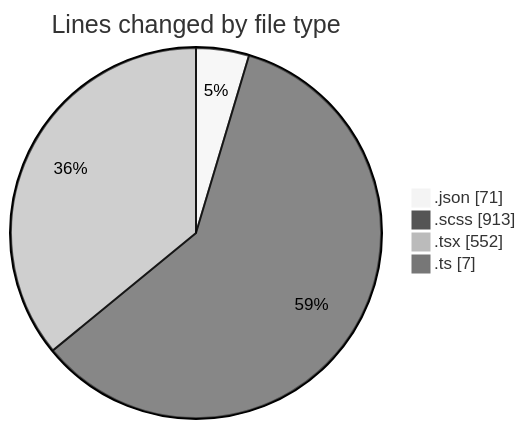
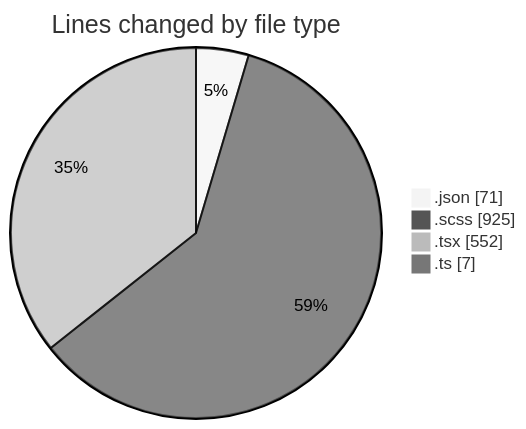
One commit to momahboobian/code-tracking changed the first of 2 diagrams in 2026-02-17/cda/README.md. Above: the diagram before and after it, drawn with Mermaid (neutral theme). The commit also changed other lines of this file and 1 other file, not shown here.

````diff
--- a/2026-02-17/cda/README.md
+++ b/2026-02-17/cda/README.md
@@ -27,8 +27,8 @@
 ```mermaid
 pie showData
 title Lines changed by file type
 ".json" : 71
-".scss" : 913
+".scss" : 925
 ".tsx" : 552
 ".ts" : 7
 ```
````
